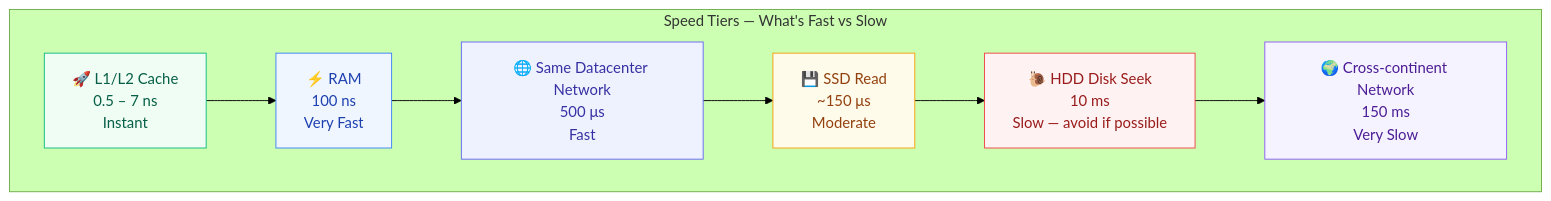
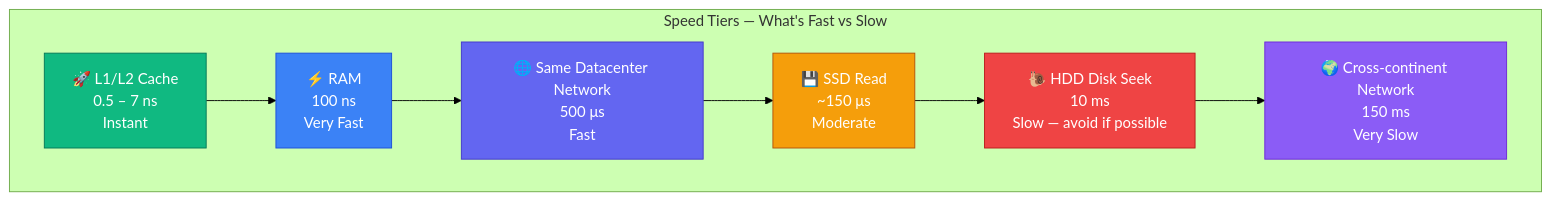
The second of 10 diagrams in content/posts/2026/back-of-the-envelope-estimation.md (devops-monk/system-design-blog), drawn with Mermaid (forest theme) before and after one commit. The commit also changed other lines of this file and 5 other files, not shown here.

````diff
--- a/content/posts/2026/back-of-the-envelope-estimation.md
+++ b/content/posts/2026/back-of-the-envelope-estimation.md
@@ -131,19 +170,19 @@
 ```mermaid
 graph TD
     subgraph "Speed Tiers — What's Fast vs Slow"
         A["🚀 L1/L2 Cache\n0.5 – 7 ns\nInstant"]
         B["⚡ RAM\n100 ns\nVery Fast"]
         C["🌐 Same Datacenter Network\n500 μs\nFast"]
         D["💾 SSD Read\n~150 μs\nModerate"]
         E["🐌 HDD Disk Seek\n10 ms\nSlow — avoid if possible"]
         F["🌍 Cross-continent Network\n150 ms\nVery Slow"]
     end
     A --> B --> C --> D --> E --> F
 
-    style A fill:#F0FDF4,stroke:#10B981,color:#065F46
-    style B fill:#EFF6FF,stroke:#3B82F6,color:#1E40AF
-    style C fill:#EEF2FF,stroke:#6366F1,color:#3730A3
-    style D fill:#FFFBEB,stroke:#F59E0B,color:#92400E
-    style E fill:#FEF2F2,stroke:#EF4444,color:#991B1B
-    style F fill:#F5F3FF,stroke:#8B5CF6,color:#4C1D95
+    style A fill:#10B981,stroke:#047857,color:#fff
+    style B fill:#3B82F6,stroke:#1D4ED8,color:#fff
+    style C fill:#6366F1,stroke:#4338CA,color:#fff
+    style D fill:#F59E0B,stroke:#B45309,color:#fff
+    style E fill:#EF4444,stroke:#B91C1C,color:#fff
+    style F fill:#8B5CF6,stroke:#6D28D9,color:#fff
 ```
````
